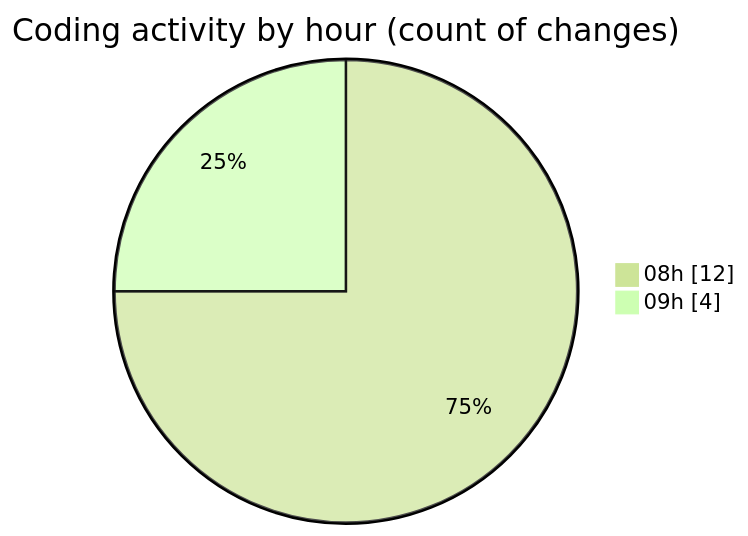
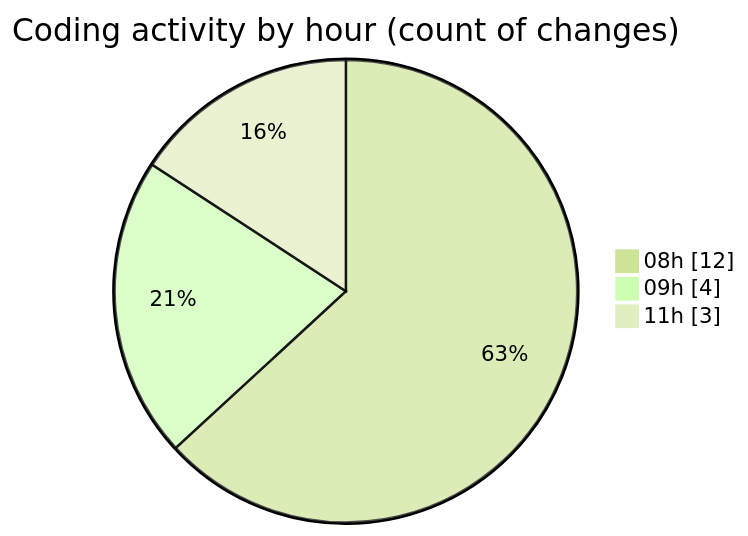
The second of 2 diagrams in 2026-02-26/cilapp/README.md (ricardozamudiocil/code-tracking), drawn with Mermaid (forest theme) before and after one commit. The commit also changed other lines of this file and 1 other file, not shown here.

````diff
--- a/2026-02-26/cilapp/README.md
+++ b/2026-02-26/cilapp/README.md
@@ -30,6 +31,7 @@
 ```mermaid
 pie showData
 title Coding activity by hour (count of changes)
 "08h" : 12
 "09h" : 4
+"11h" : 3
 ```
````
